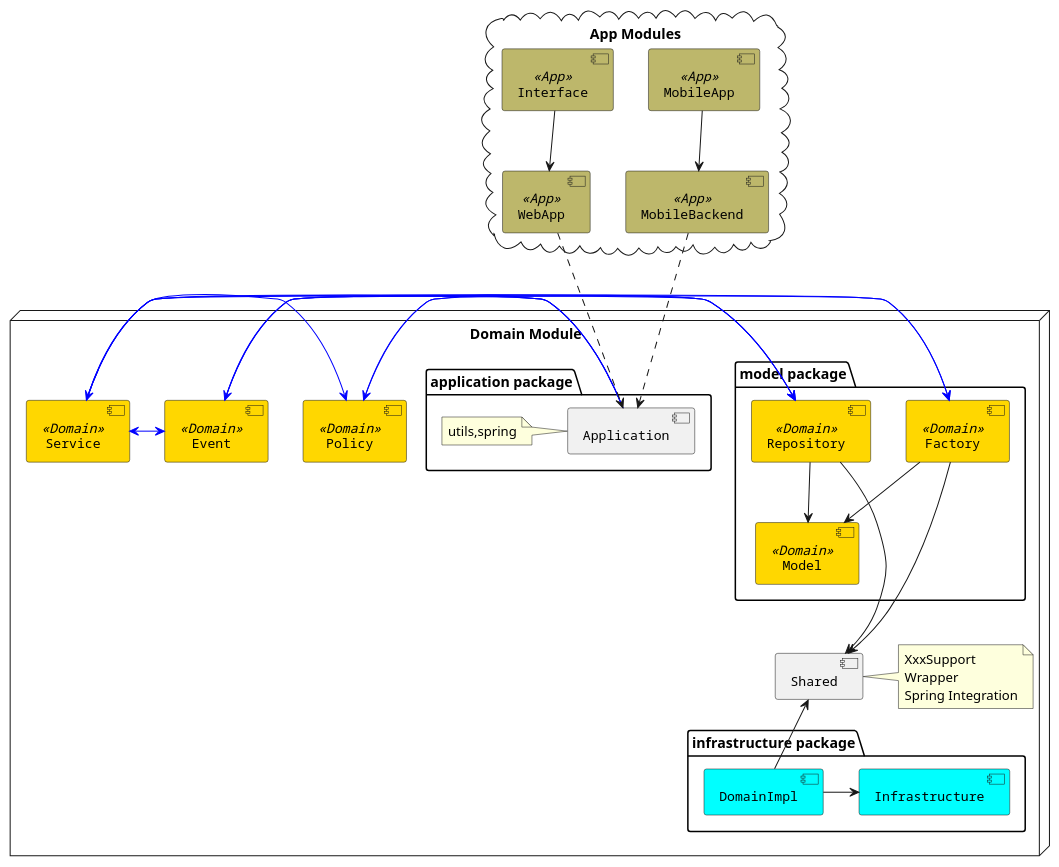
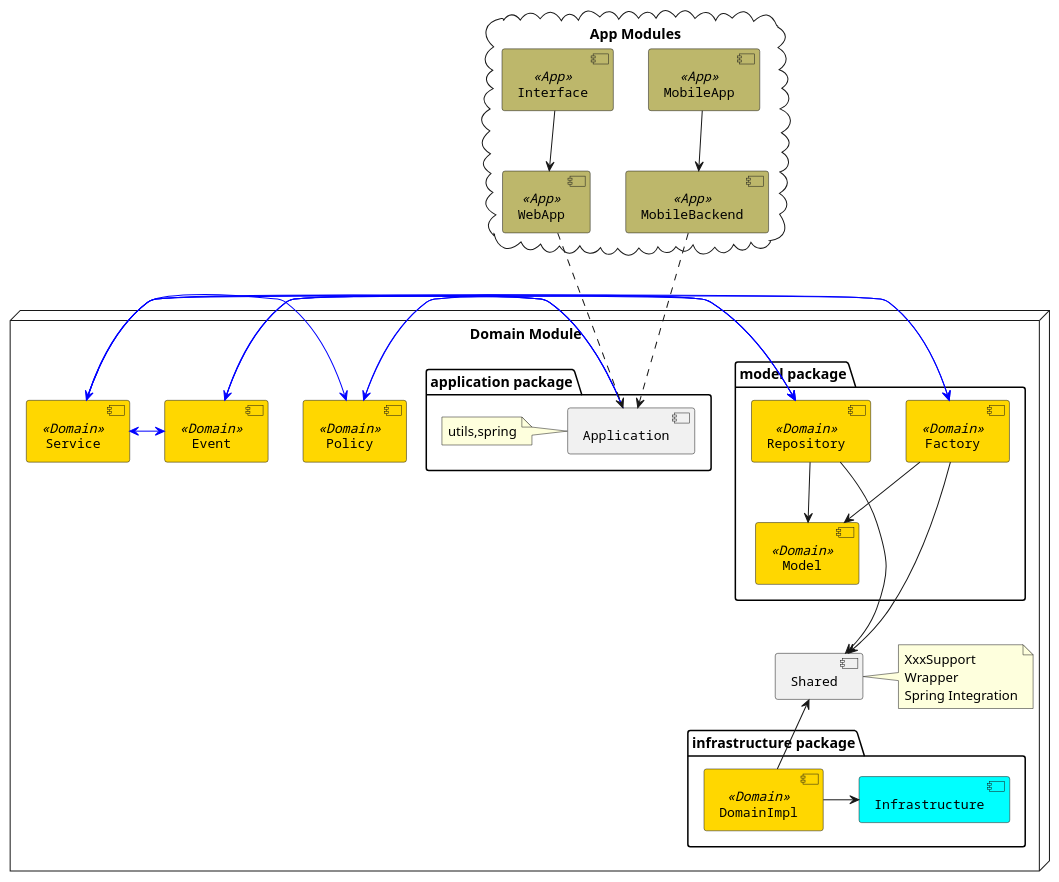
The diagram in src/main/puml/ddd-components.puml (linux-china/ddd-base), drawn with PlantUML before and after one commit. The commit also changed 1 other file, not shown here.

```diff
--- a/src/main/puml/ddd-components.puml
+++ b/src/main/puml/ddd-components.puml
@@ -1,62 +1,62 @@
 @startuml
 
 
 node "Domain Module" {
    package "model package" {
        [Model] <<Domain>>
        [Repository] <<Domain>>
        [Factory] <<Domain>>
     }
    [Service] <<Domain>>
    [Event] <<Domain>>
    [Policy] <<Domain>>
    [Shared]
    note right of Shared : XxxSupport\nWrapper\nSpring Integration
 
    package "application package" {
         [Application]
         note left of Application : utils,spring
    }
    package "infrastructure package" {
         [Infrastructure] #Aqua
-        [DomainImpl] #Aqua
+        [DomainImpl] <<Domain>>
         [DomainImpl] -> [Infrastructure]
    }
 }
 
 cloud "App Modules" {
     [WebApp] <<App>>
     [MobileBackend] <<App>>
     [Interface] <<App>>
     [MobileApp] <<App>>
 }
 
 [Shared] <-- [DomainImpl]
 [Repository] ---> [Shared]
 [Repository] --> [Model]
 [Service] -[#0000FF]> [Repository]
 [Service] -[#0000FF]> [Factory]
 [Service] -[#0000FF]> [Policy]
 [Service] <-[#0000FF]> [Event]
 [Policy] -[#0000FF]> [Repository]
 [Factory] --> [Model]
 [Factory] ---> [Shared]
 [Event] -[#0000FF]> [Repository]
 [Event] -[#0000FF]> [Factory]
 [Application] -[#0000FF]> [Service]
 [Application] -[#0000FF]> [Event]
 [Application] -[#0000FF]> [Policy]
 
 [WebApp] ...> [Application]
 [Interface] --> [WebApp]
 [MobileBackend] ...> [Application]
 [MobileApp] --> [MobileBackend]
 
 skinparam component {
   FontSize 13
   BackgroundColor<<Domain>> gold
   BackgroundColor<<App>> DarkKhaki
   FontName Courier
 }
 
 @enduml
```
